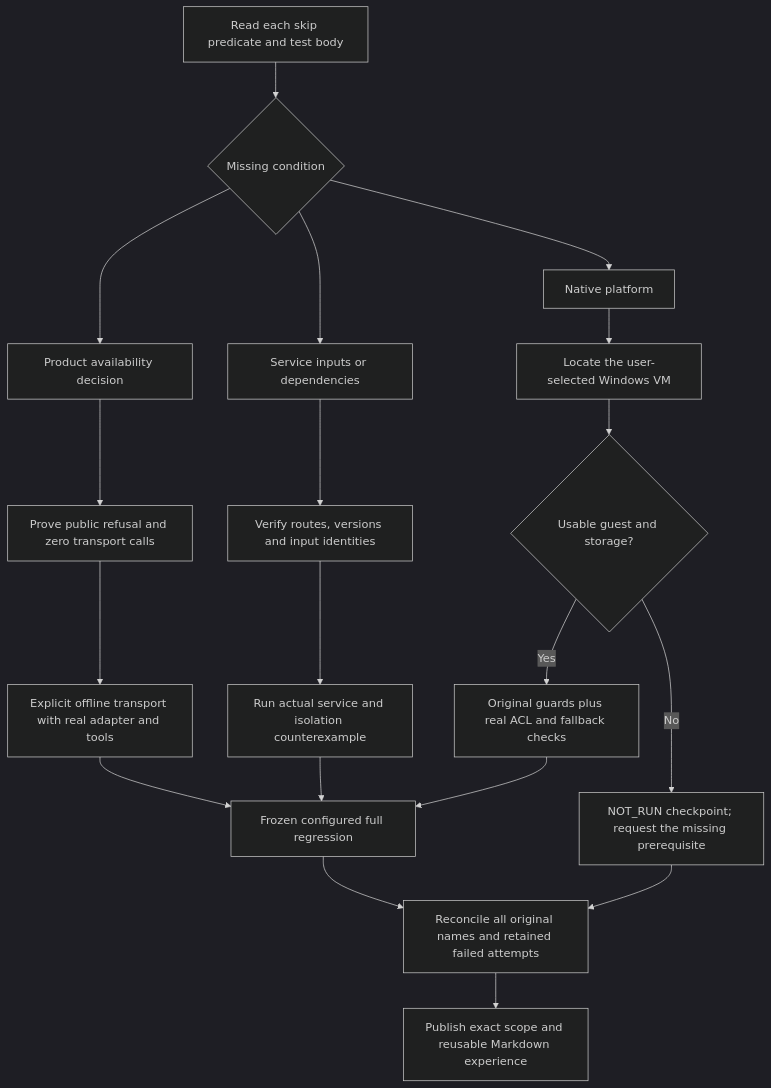
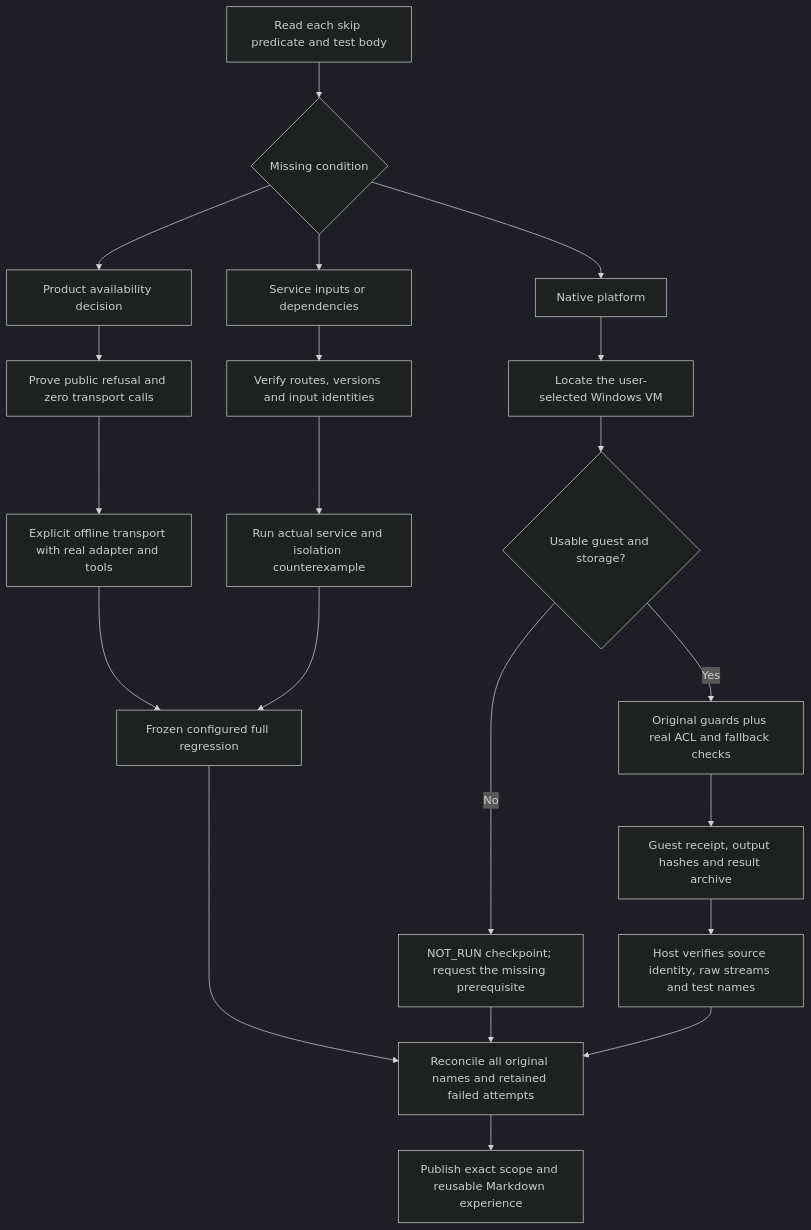
Before and after one commit to KarmenLoop/personal-agent-growth: the diagram in docs/release-0.4.3-acceptance.en.md, drawn with Mermaid (dark theme). The commit also changed other lines of this file and 28 other files, not shown here.

````diff
--- a/docs/release-0.4.3-acceptance.en.md
+++ b/docs/release-0.4.3-acceptance.en.md
@@ -70,21 +78,23 @@
 ```mermaid
 flowchart TD
     A["Read each skip predicate and test body"] --> B{"Missing condition"}
     B --> C["Product availability decision"]
     B --> D["Service inputs or dependencies"]
     B --> E["Native platform"]
     C --> F["Prove public refusal and zero transport calls"]
     F --> G["Explicit offline transport with real adapter and tools"]
     D --> H["Verify routes, versions and input identities"]
     H --> I["Run actual service and isolation counterexample"]
     E --> J["Locate the user-selected Windows VM"]
     J --> K{"Usable guest and storage?"}
     K -- No --> L["NOT_RUN checkpoint; request the missing prerequisite"]
     K -- Yes --> M["Original guards plus real ACL and fallback checks"]
     G --> N["Frozen configured full regression"]
     I --> N
-    M --> N
+    M --> R["Guest receipt, output hashes and result archive"]
+    R --> S["Host verifies source identity, raw streams and test names"]
+    S --> O
     N --> O["Reconcile all original names and retained failed attempts"]
     L --> O
     O --> P["Publish exact scope and reusable Markdown experience"]
 ```
````
